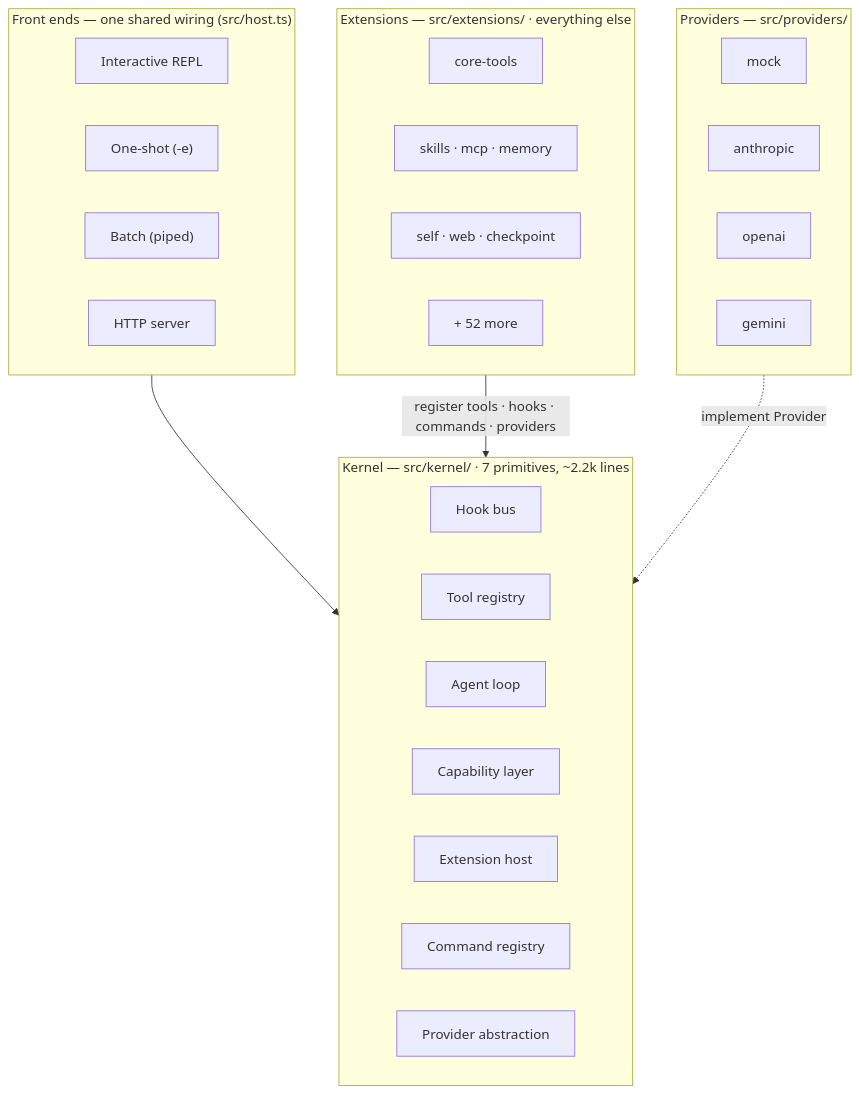
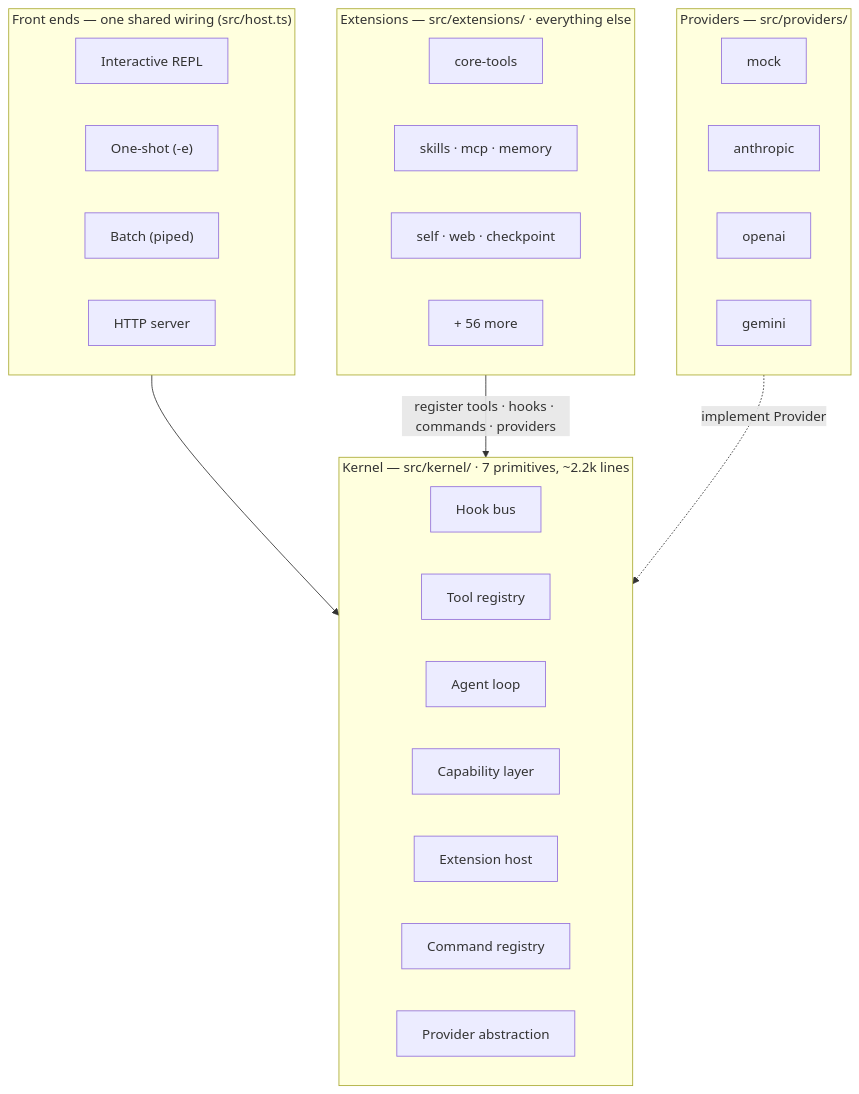
One commit to caohaotiantian/EAgent changed the first of 5 diagrams in README.md. Above: the diagram before and after it, drawn with Mermaid. The commit also changed other lines of this file and 3 other files, not shown here.

````diff
--- a/README.md
+++ b/README.md
@@ -16,41 +16,41 @@
 ```mermaid
 flowchart TB
     subgraph FE["Front ends — one shared wiring (src/host.ts)"]
         direction LR
         REPL["Interactive REPL"]
         ONE["One-shot (-e)"]
         BATCH["Batch (piped)"]
         HTTP["HTTP server"]
     end
 
     subgraph KERNEL["Kernel — src/kernel/ · 7 primitives, ~2.2k lines"]
         direction LR
         HOOKS["Hook bus"]
         REG["Tool registry"]
         LOOP["Agent loop"]
         CAPS["Capability layer"]
         EXT["Extension host"]
         CMD["Command registry"]
         PROV["Provider abstraction"]
     end
 
     subgraph EXTS["Extensions — src/extensions/ · everything else"]
         direction LR
         X1["core-tools"]
         X2["skills · mcp · memory"]
         X3["self · web · checkpoint"]
-        X4["+ 52 more"]
+        X4["+ 56 more"]
     end
 
     subgraph PROVIDERS["Providers — src/providers/"]
         direction LR
         PM["mock"]
         PA["anthropic"]
         PO["openai"]
         PG["gemini"]
     end
 
     FE --> KERNEL
     EXTS -->|"register tools · hooks · commands · providers"| KERNEL
     PROVIDERS -.->|"implement Provider"| PROV
 ```
````
